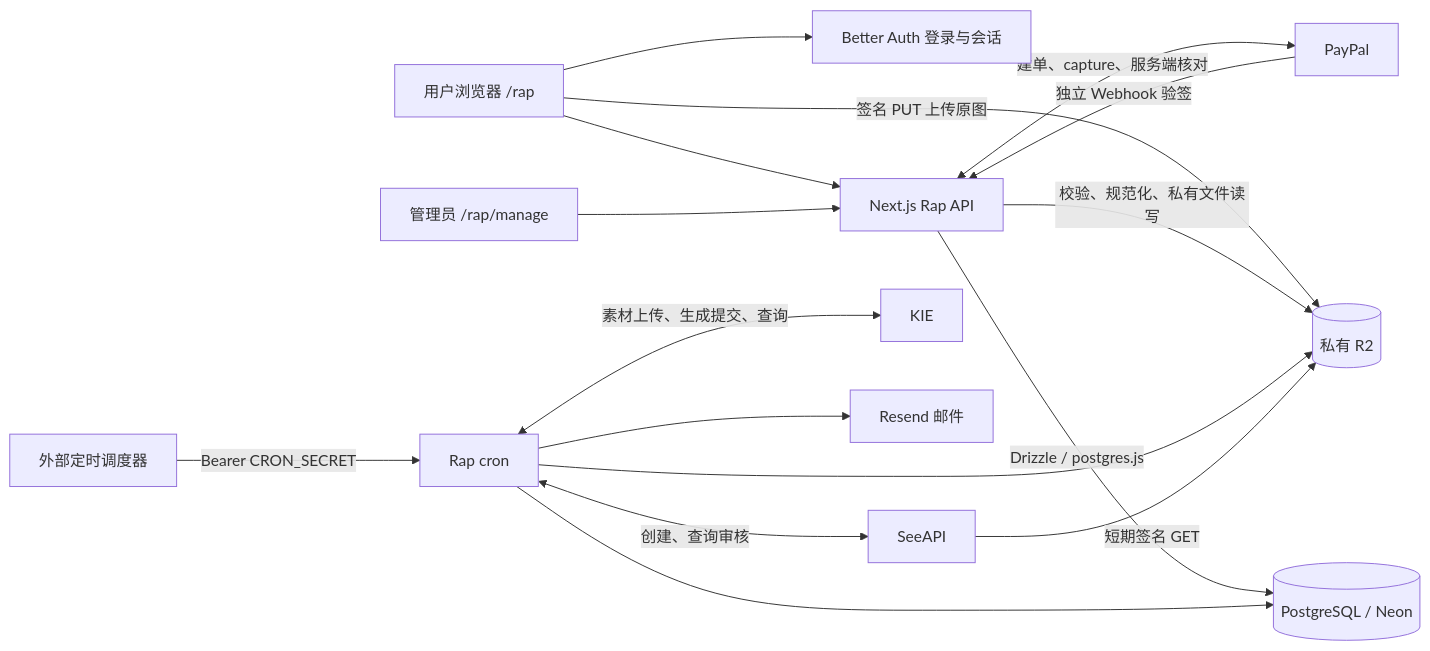
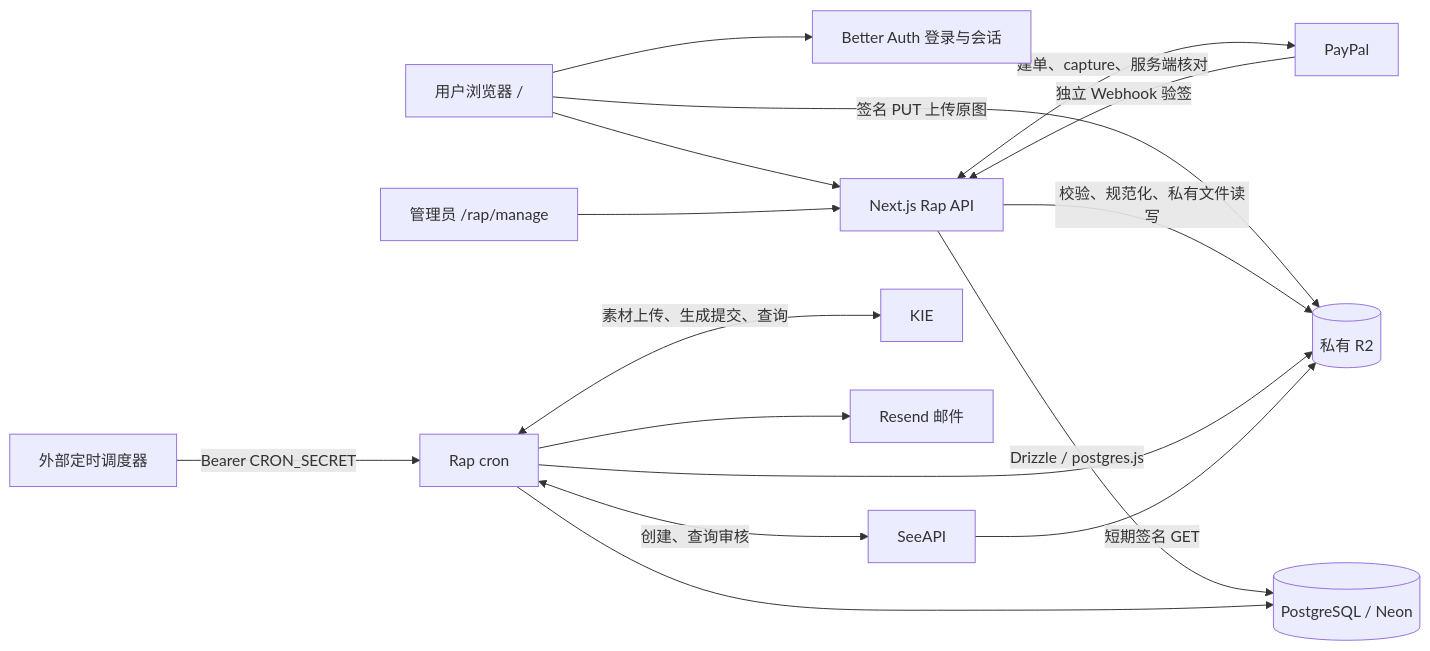
The first of 4 diagrams in docs/RAPVIDEO-MVP-FLOW.md (jackypeng33/ai-template), drawn with Mermaid before and after one commit. The commit also changed other lines of this file and 25 other files, not shown here.

````diff
--- a/docs/RAPVIDEO-MVP-FLOW.md
+++ b/docs/RAPVIDEO-MVP-FLOW.md
@@ -11,18 +13,18 @@
 ```mermaid
 flowchart LR
-    U[用户浏览器 /rap] --> AUTH[Better Auth 登录与会话]
+    U[用户浏览器 /] --> AUTH[Better Auth 登录与会话]
     U --> API[Next.js Rap API]
     U -->|签名 PUT 上传原图| R2[(私有 R2)]
     API -->|Drizzle / postgres.js| DB[(PostgreSQL / Neon)]
     API -->|校验、规范化、私有文件读写| R2
     API <-->|建单、capture、服务端核对| PP[PayPal]
     PP -->|独立 Webhook 验签| API
     S[外部定时调度器] -->|Bearer CRON_SECRET| C[Rap cron]
     C --> DB
     C --> R2
     C <-->|创建、查询审核| M[SeeAPI]
     M -->|短期签名 GET| R2
     C <-->|素材上传、生成提交、查询| K[KIE]
     C --> E[Resend 邮件]
     A[管理员 /rap/manage] --> API
 ```
````
